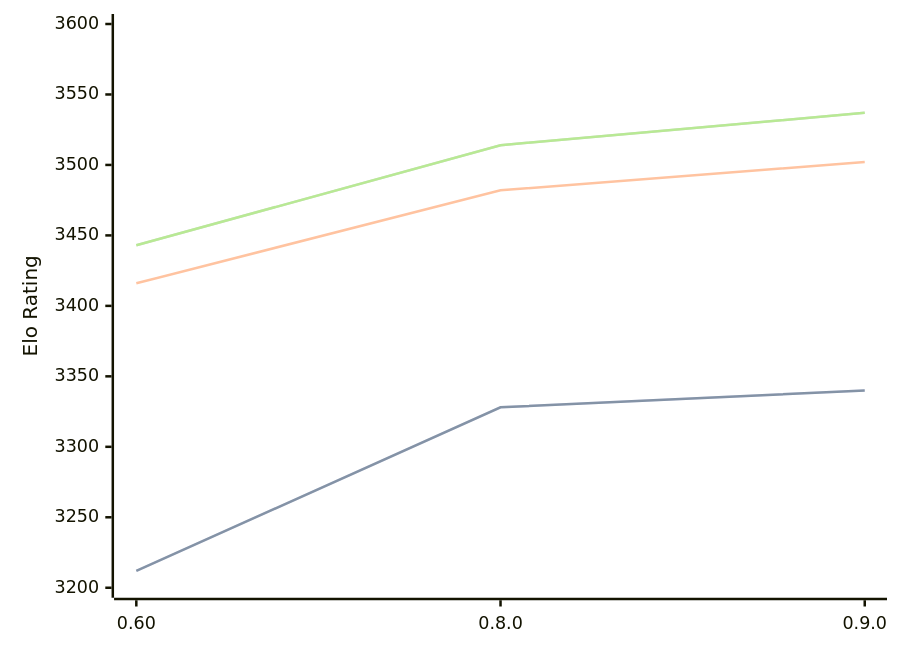
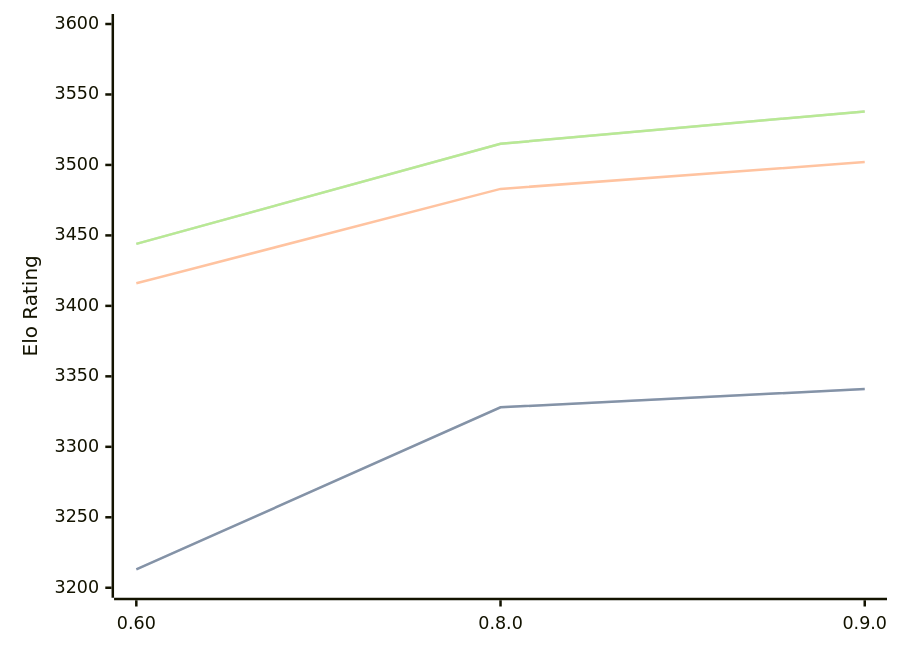
Before and after one commit to computer-chess-index/cci: the diagram in engines/Motor.md, drawn with Mermaid. The commit also changed other lines of this file, not shown here.

Commit message:
Update CCI Ratings (ELO VLTC) - 2026-09-13

````diff
--- a/engines/Motor.md
+++ b/engines/Motor.md
@@ -33,11 +33,11 @@
 ```mermaid
 %%{init: {"theme":"base","themeVariables":{"seriesColors:['#a3a3a3','#222221','#faa371']}}}%%
 xychart-beta
   x-axis ["0.60", "0.8.0", "0.9.0"]
   y-axis "Elo Rating" 3200 --> 3600
-  line "" [3212, 3328, 3340]
-  line "STC (8.0+0.08s)" [3212, 3328, 3340]
-  line "LTC (60.0+0.60s)" [3416, 3482, 3502]
-  line "" [3443, 3514, 3537]
-  line "VLTC (2m24s+1.12s)" [3443, 3514, 3537]
+  line "" [3213, 3328, 3341]
+  line "STC (8.0+0.08s)" [3213, 3328, 3341]
+  line "LTC (60.0+0.60s)" [3416, 3483, 3502]
+  line "" [3444, 3515, 3538]
+  line "VLTC (2m24s+1.12s)" [3444, 3515, 3538]
 ```
````
